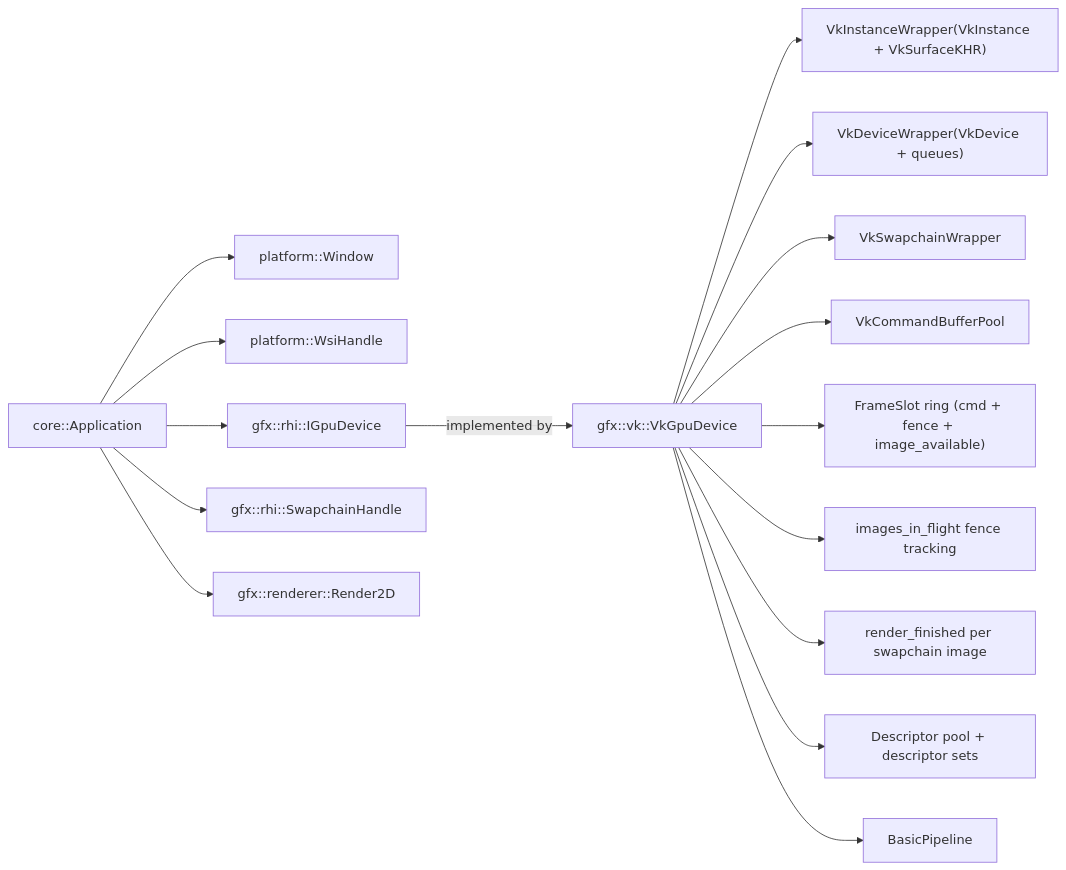
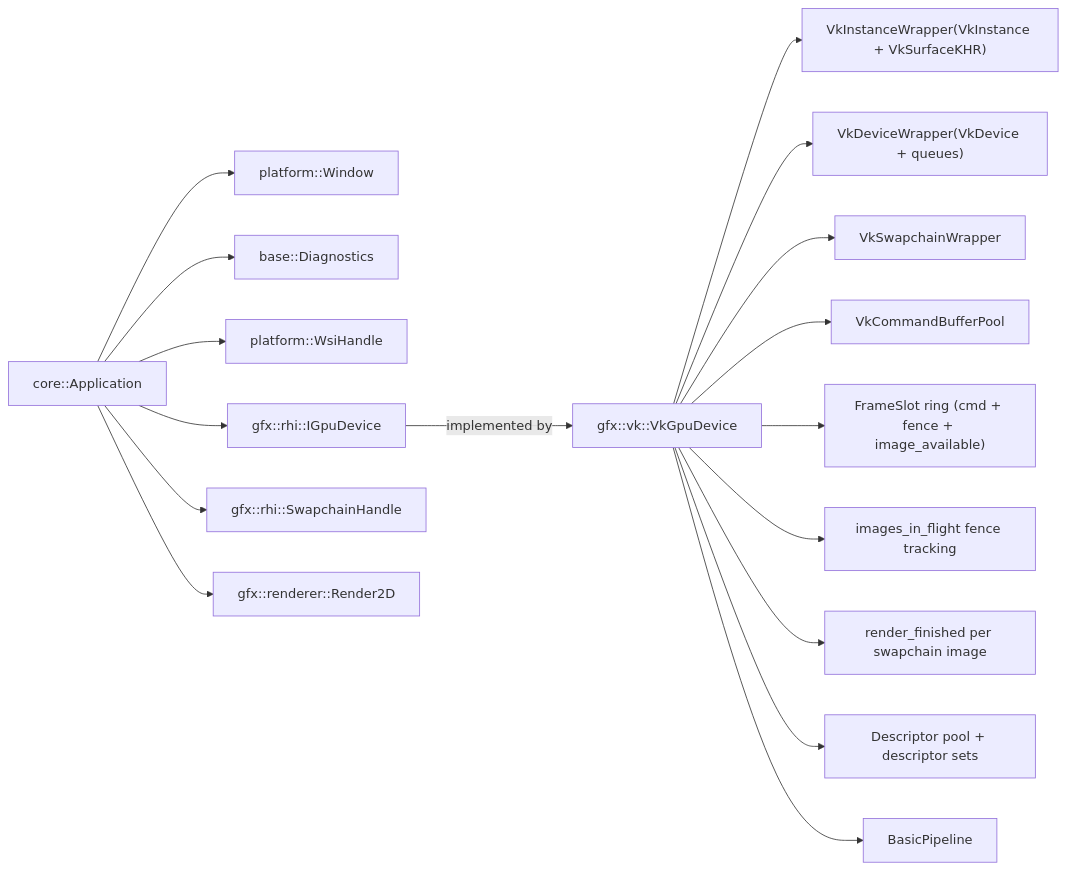
One commit to nduplessis11/strata changed the diagram in docs/ARCHITECTURE.md. Above: the diagram before and after it, drawn with Mermaid. The commit also changed other lines of this file and 37 other files, not shown here.

````diff
--- a/docs/ARCHITECTURE.md
+++ b/docs/ARCHITECTURE.md
@@ -166,19 +176,20 @@
 ```mermaid
 flowchart LR
   A[core::Application] --> W[platform::Window]
+  A --> Diag[base::Diagnostics]
   A --> WH[platform::WsiHandle]
   A --> D[gfx::rhi::IGpuDevice]
   A --> SC[gfx::rhi::SwapchainHandle]
   A --> R[gfx::renderer::Render2D]
 
   D -->|implemented by| VK[gfx::vk::VkGpuDevice]
   VK --> VKI["VkInstanceWrapper(VkInstance + VkSurfaceKHR)"]
   VK --> VKD["VkDeviceWrapper(VkDevice + queues)"]
   VK --> VKS[VkSwapchainWrapper]
   VK --> VKC[VkCommandBufferPool]
   VK --> VKF["FrameSlot ring (cmd + fence + image_available)"]
   VK --> VKIIF[images_in_flight fence tracking]
   VK --> VKRF[render_finished per swapchain image]
   VK --> VKDS[Descriptor pool + descriptor sets]
   VK --> VKP[BasicPipeline]
 ```
````
